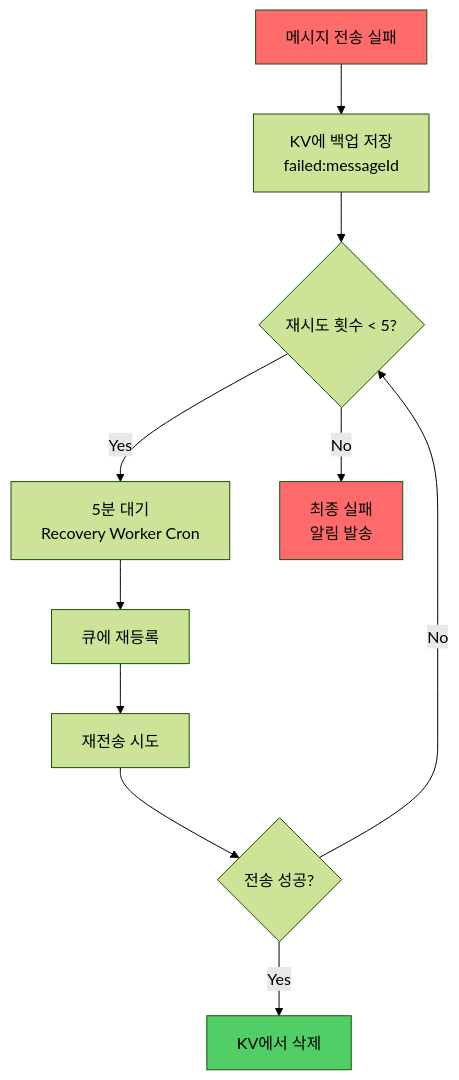
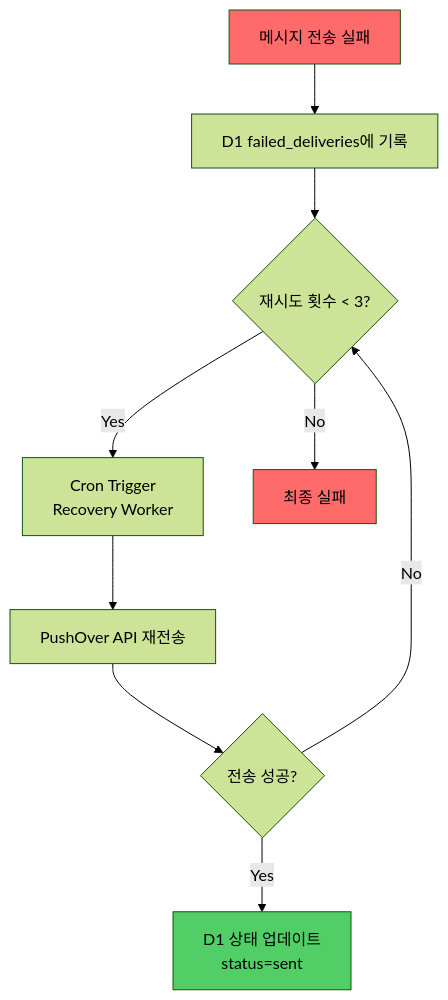
The third of 5 diagrams in README.md (deuxksy/PushOver), drawn with Mermaid (forest theme) before and after one commit. The commit also changed other lines of this file, not shown here.

````diff
--- a/README.md
+++ b/README.md
@@ -78,19 +66,18 @@
 ```mermaid
 flowchart TD
-    A[메시지 전송 실패] --> B[KV에 백업 저장<br/>failed:messageId]
-    B --> C{재시도 횟수 < 5?}
+    A[메시지 전송 실패] --> B[D1 failed_deliveries에 기록]
+    B --> C{재시도 횟수 < 3?}
 
-    C -->|Yes| D[5분 대기<br/>Recovery Worker Cron]
-    D --> E[큐에 재등록]
-    E --> F[재전송 시도]
+    C -->|Yes| D[Cron Trigger<br/>Recovery Worker]
+    D --> E[PushOver API 재전송]
 
-    C -->|No| G[최종 실패<br/>알림 발송]
+    C -->|No| F[최종 실패]
 
-    F --> H{전송 성공?}
-    H -->|Yes| I[KV에서 삭제]
-    H -->|No| C
+    E --> G{전송 성공?}
+    G -->|Yes| H[D1 상태 업데이트<br/>status=sent]
+    G -->|No| C
 
     style A fill:#ff6b6b
-    style I fill:#51cf66
-    style G fill:#ff6b6b
+    style H fill:#51cf66
+    style F fill:#ff6b6b
 ```
````
